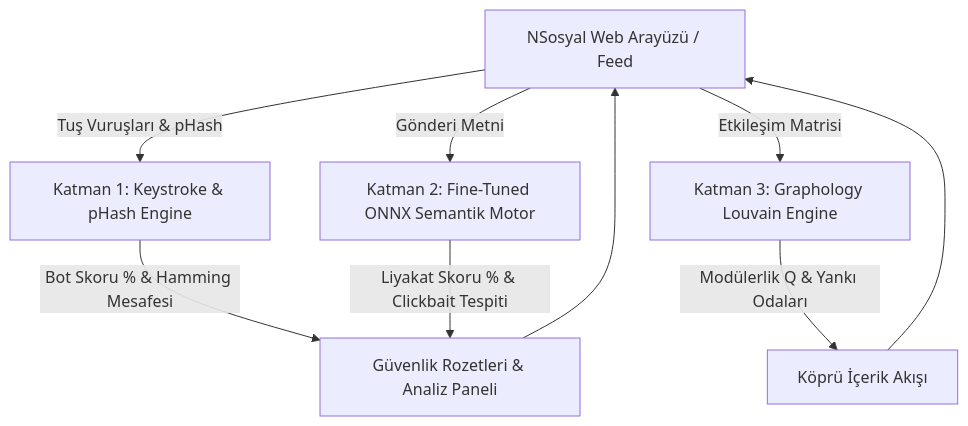
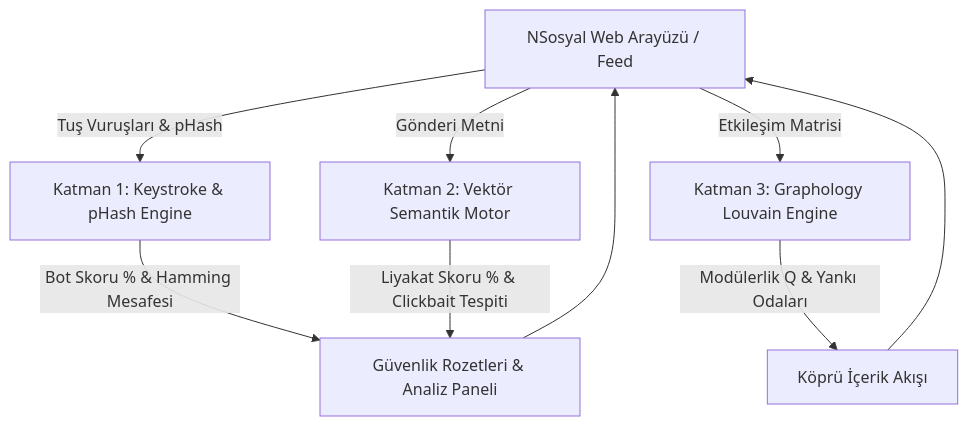
The diagram in README.md (yazilimcimumin/sentez), drawn with Mermaid before and after one commit. The commit also changed other lines of this file, not shown here.

Commit message:
docs(readme): Katman 2 fine-tuning sürecini ve Performans Doğrulama tablosunu netlestir

````diff
--- a/README.md
+++ b/README.md
@@ -40,13 +40,13 @@
 ```mermaid
 graph TD
     UI[NSosyal Web Arayüzü / Feed] -->|Tuş Vuruşları & pHash| K[Katman 1: Keystroke & pHash Engine]
-    UI -->|Gönderi Metni| S[Katman 2: Fine-Tuned ONNX Semantik Motor]
+    UI -->|Gönderi Metni| S[Katman 2: Vektör Semantik Motor]
     UI -->|Etkileşim Matrisi| G[Katman 3: Graphology Louvain Engine]
     
     K -->|Bot Skoru % & Hamming Mesafesi| B[Güvenlik Rozetleri & Analiz Paneli]
     S -->|Liyakat Skoru % & Clickbait Tespiti| B
     G -->|Modülerlik Q & Yankı Odaları| C[Köprü İçerik Akışı]
     
     B --> UI
     C --> UI
 ```
````
